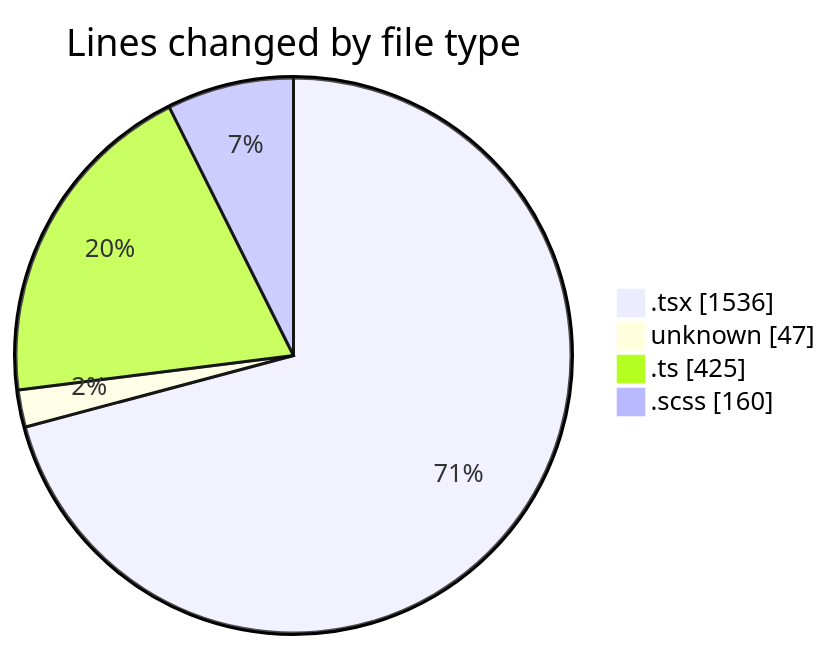
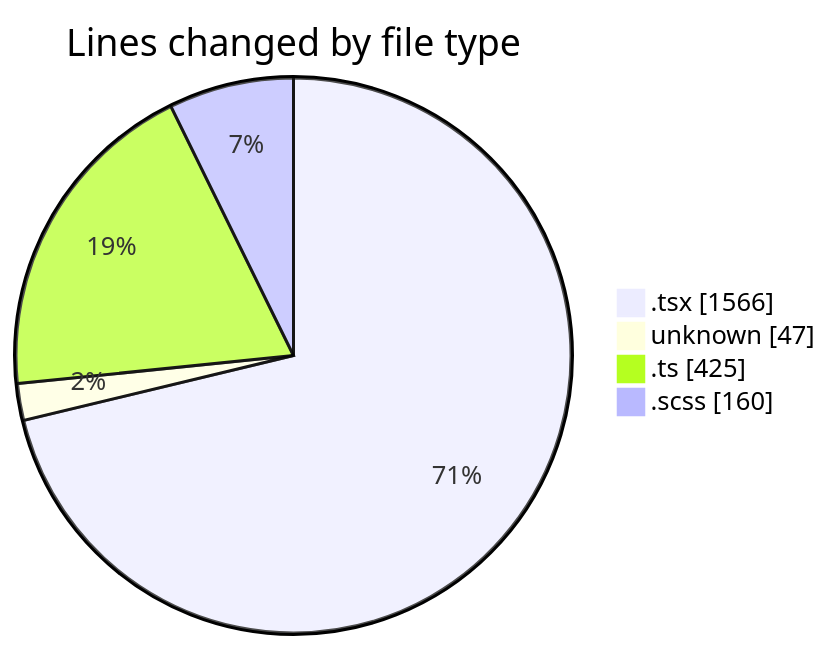
Before and after one commit to momahboobian/code-tracking: the first of 2 diagrams in 2025-09-18/cda/README.md, drawn with Mermaid. The commit also changed other lines of this file and 1 other file, not shown here.

````diff
--- a/2025-09-18/cda/README.md
+++ b/2025-09-18/cda/README.md
@@ -25,8 +25,8 @@
 ```mermaid
 pie showData
 title Lines changed by file type
-".tsx" : 1536
+".tsx" : 1566
 "unknown" : 47
 ".ts" : 425
 ".scss" : 160
 ```
````
